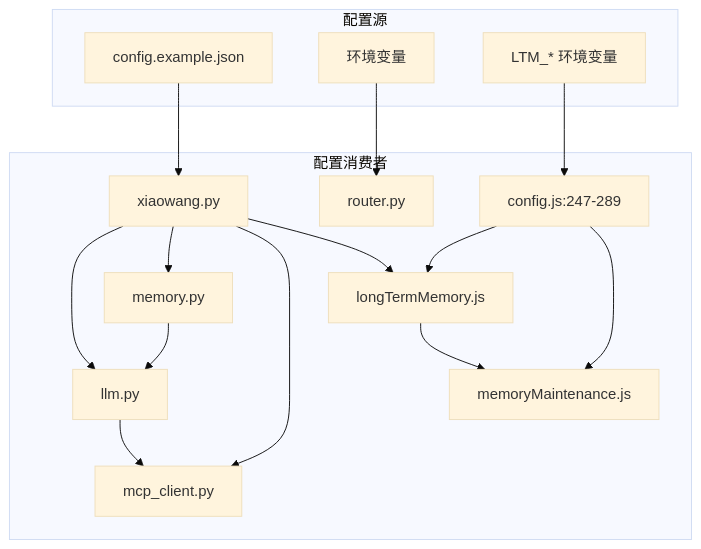
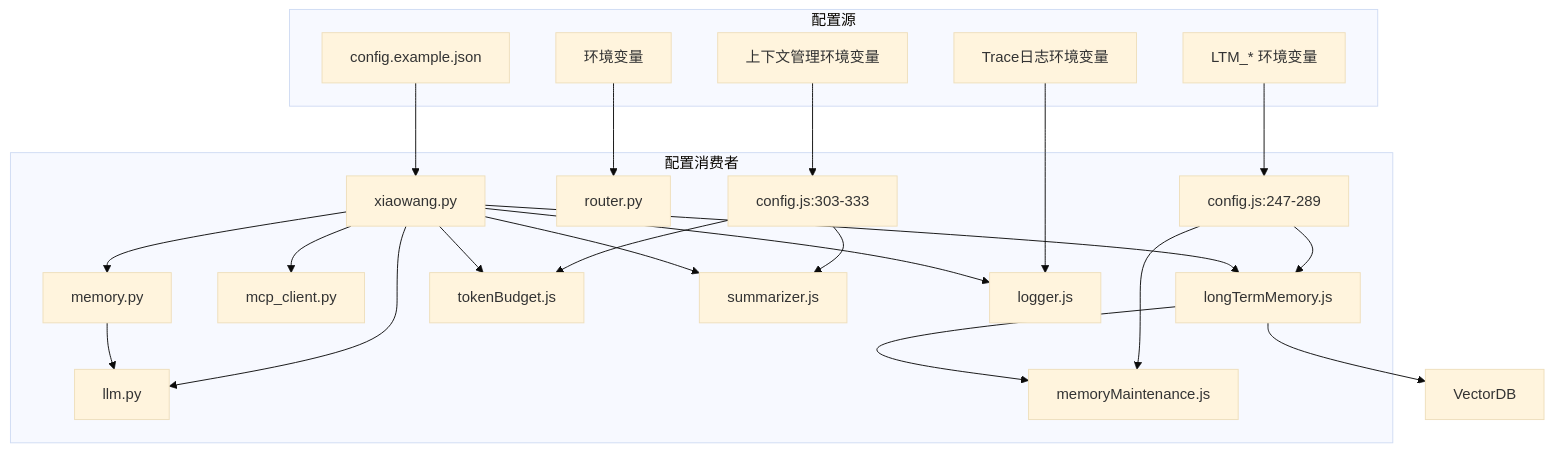
Before and after one commit to HanHuiOnLine/724-office: diagram 25 of 26 in .qoder/repowiki/zh/content/配置管理/配置管理.md, drawn with Mermaid (base theme). The commit also changed other lines of this file and 10 other files, not shown here.

````diff
--- a/.qoder/repowiki/zh/content/配置管理/配置管理.md
+++ b/.qoder/repowiki/zh/content/配置管理/配置管理.md
@@ -684,30 +969,43 @@
 ```mermaid
 graph TB
 subgraph "配置源"
 ConfigFile[config.example.json]
 EnvVars[环境变量]
 LongTermEnv[LTM_* 环境变量]
+ContextEnv[上下文管理环境变量]
+TraceEnv[Trace日志环境变量]
 end
 subgraph "配置消费者"
 MainApp[xiaowang.py]
 LLMModule[llm.py]
 MemoryModule[memory.py]
 MCPModule[mcp_client.py]
 RouterModule[router.py]
 LongTermConfig[config.js:247-289]
 LongTermMemory[longTermMemory.js]
 MemoryMaintenance[memoryMaintenance.js]
+ContextConfig[config.js:303-333]
+TokenBudget[tokenBudget.js]
+Summarizer[summarizer.js]
+Logger[logger.js]
 end
 ConfigFile --> MainApp
 EnvVars --> RouterModule
 LongTermEnv --> LongTermConfig
+ContextEnv --> ContextConfig
+TraceEnv --> Logger
 LongTermConfig --> LongTermMemory
 LongTermConfig --> MemoryMaintenance
+ContextConfig --> TokenBudget
+ContextConfig --> Summarizer
 MainApp --> LLMModule
 MainApp --> MemoryModule
 MainApp --> MCPModule
 MainApp --> LongTermMemory
+MainApp --> TokenBudget
+MainApp --> Summarizer
+MainApp --> Logger
 LongTermMemory --> MemoryMaintenance
-LLMModule --> MCPModule
+LongTermMemory --> VectorDB
 MemoryModule --> LLMModule
 ```
````
